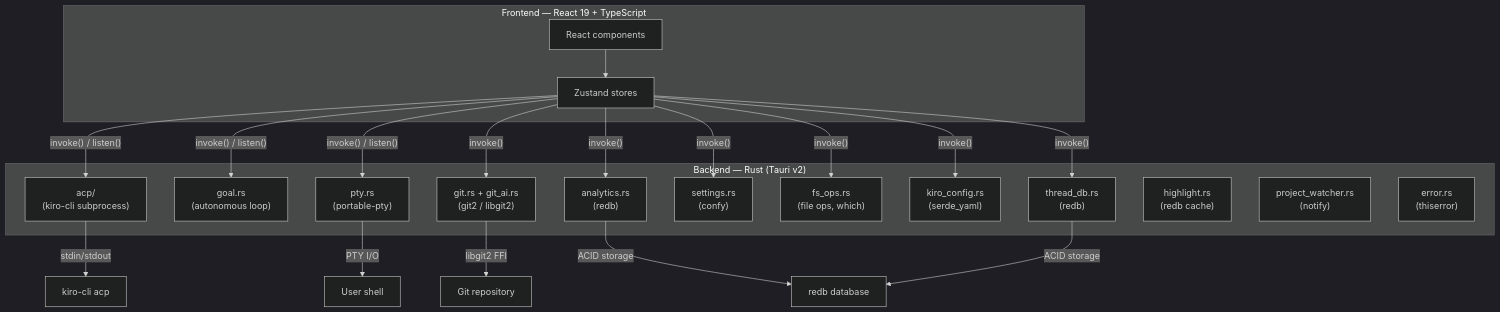
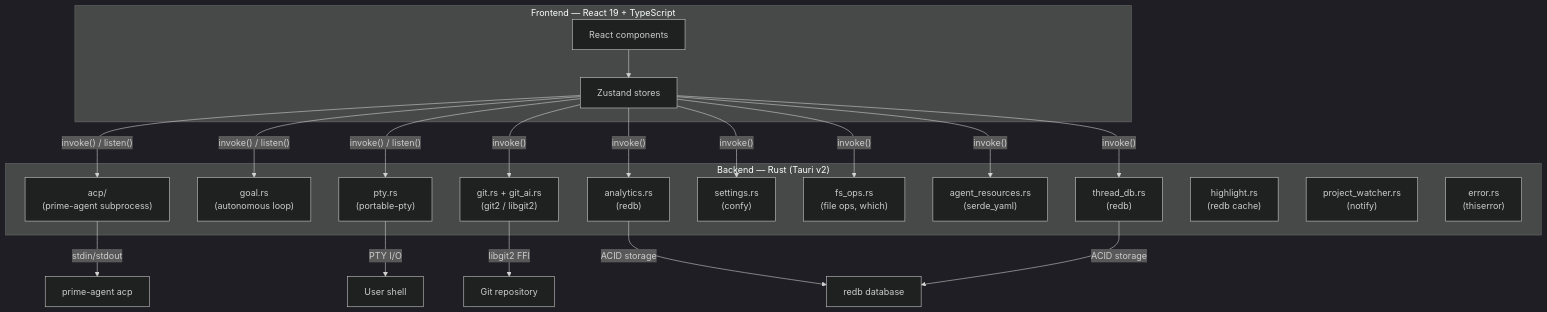
The first of 2 diagrams in docs/architecture.md (LAF-labs/prime), drawn with Mermaid (dark theme) before and after one commit. The commit also changed other lines of this file and 11 other files, not shown here.

````diff
--- a/docs/architecture.md
+++ b/docs/architecture.md
@@ -7,39 +7,39 @@
 ```mermaid
 graph TD
   subgraph Frontend["Frontend — React 19 + TypeScript"]
     Zustand["Zustand stores"]
     Components["React components"]
     Components --> Zustand
   end
 
   subgraph Backend["Backend — Rust (Tauri v2)"]
-    ACP["acp/\n(kiro-cli subprocess)"]
+    ACP["acp/\n(prime-agent subprocess)"]
     Goal["goal.rs\n(autonomous loop)"]
     PTY["pty.rs\n(portable-pty)"]
     Git["git.rs + git_ai.rs\n(git2 / libgit2)"]
     Analytics["analytics.rs\n(redb)"]
     Settings["settings.rs\n(confy)"]
     FsOps["fs_ops.rs\n(file ops, which)"]
-    KiroConfig["kiro_config.rs\n(serde_yaml)"]
+    AgentResources["agent_resources.rs\n(serde_yaml)"]
     ThreadDB["thread_db.rs\n(redb)"]
     Highlight["highlight.rs\n(redb cache)"]
     ProjectWatcher["project_watcher.rs\n(notify)"]
     Error["error.rs\n(thiserror)"]
   end
 
   Zustand -- "invoke() / listen()" --> ACP
   Zustand -- "invoke() / listen()" --> Goal
   Zustand -- "invoke() / listen()" --> PTY
   Zustand -- "invoke()" --> Git
   Zustand -- "invoke()" --> Analytics
   Zustand -- "invoke()" --> Settings
   Zustand -- "invoke()" --> FsOps
-  Zustand -- "invoke()" --> KiroConfig
+  Zustand -- "invoke()" --> AgentResources
   Zustand -- "invoke()" --> ThreadDB
 
-  ACP -- "stdin/stdout" --> KiroCLI["kiro-cli acp"]
+  ACP -- "stdin/stdout" --> AgentCLI["prime-agent acp"]
   PTY -- "PTY I/O" --> Shell["User shell"]
   Git -- "libgit2 FFI" --> Repo["Git repository"]
   Analytics -- "ACID storage" --> ReDB["redb database"]
   ThreadDB -- "ACID storage" --> ReDB
 ```
````
